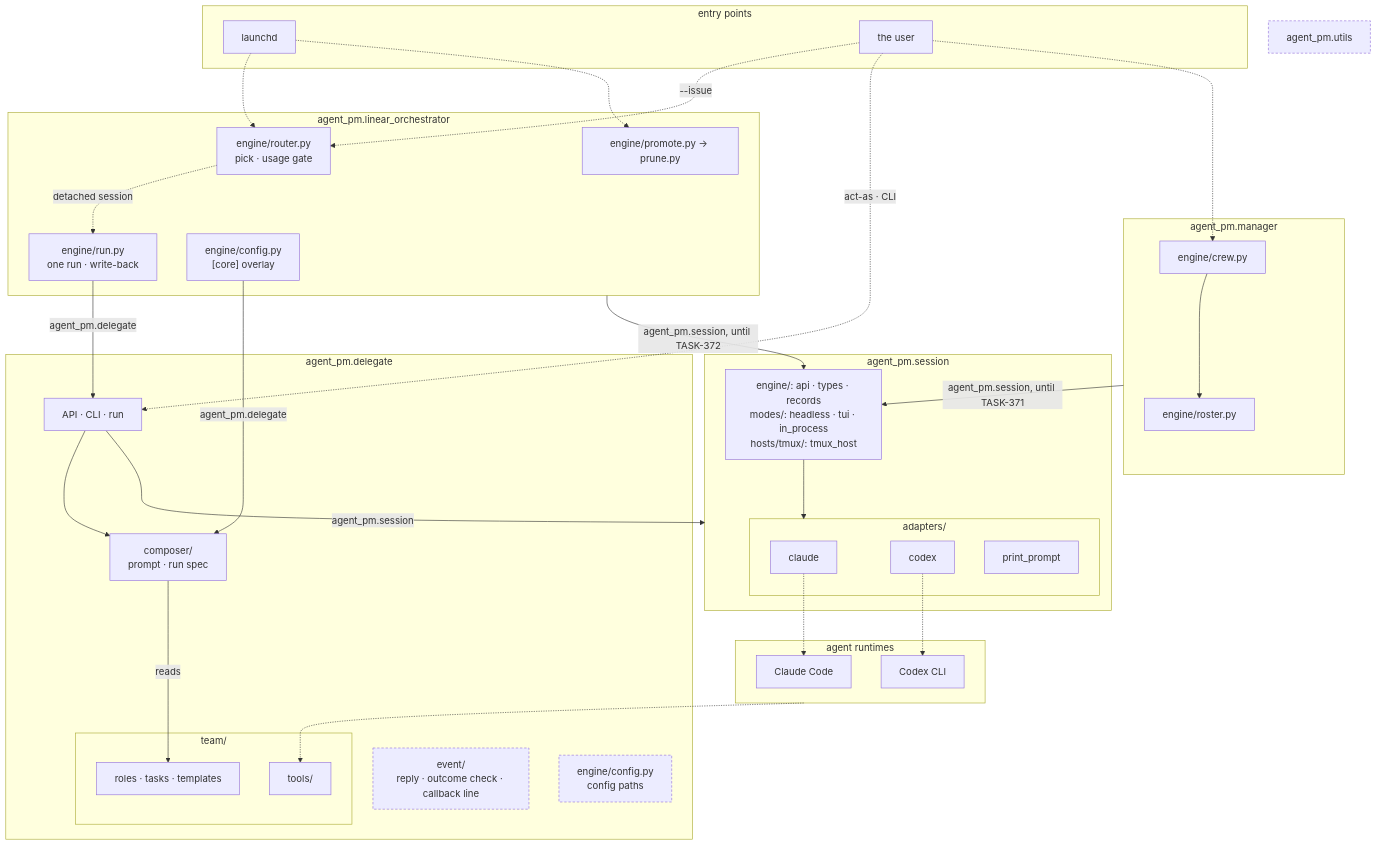
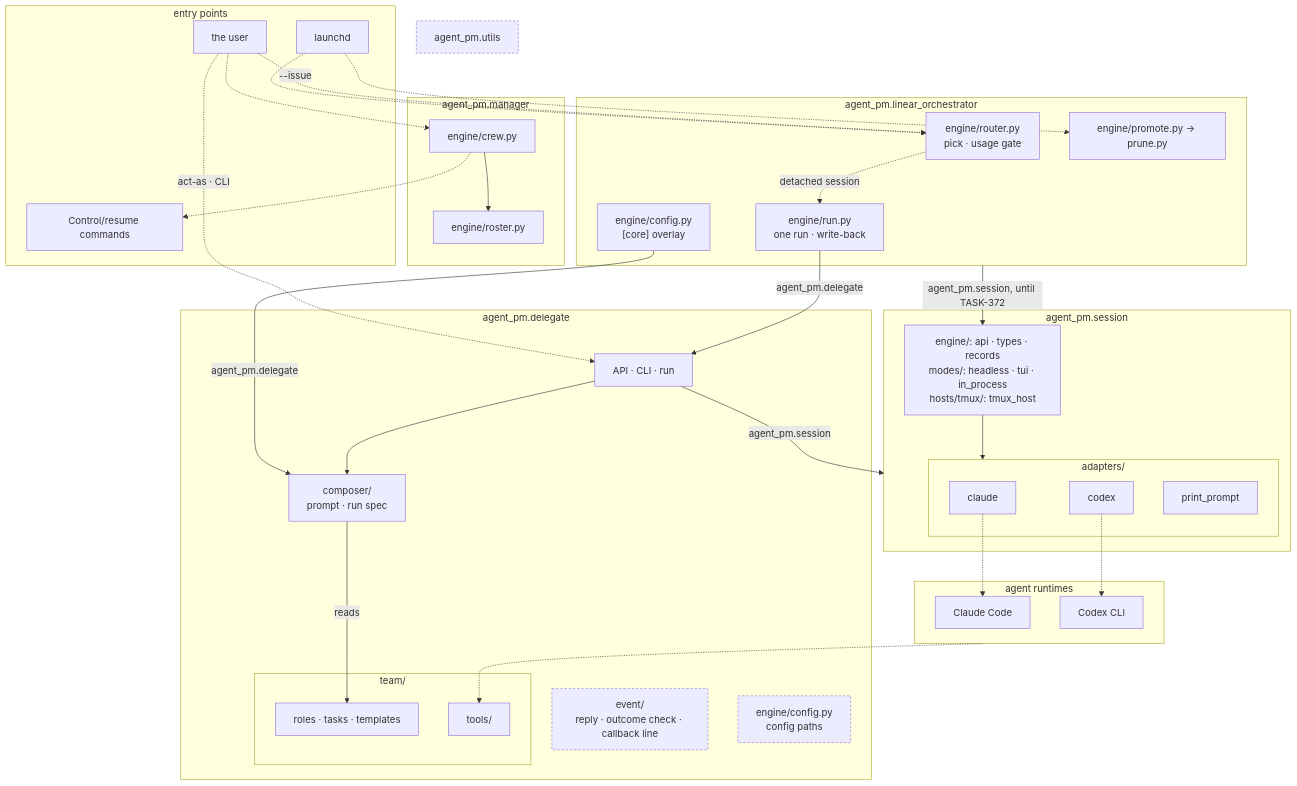
Before and after one commit to ophis/agent-pm: the second of 4 diagrams in README.md, drawn with Mermaid. The commit also changed other lines of this file and 36 other files, not shown here.

First line of the commit message:
TASK-371: re-architecture 356-10: Roster rewrite, Crew only through commands (#204)

````diff
--- a/README.md
+++ b/README.md
@@ -18,57 +18,58 @@
 ```mermaid
 flowchart TB
   subgraph EN[entry points]
     LD[launchd]
     HU[the user]
+    CC[Control/resume commands]
   end
   subgraph MG[agent_pm.manager]
     W["engine/crew.py"] --> RS["engine/roster.py"]
   end
   subgraph LO[agent_pm.linear_orchestrator]
     R["engine/router.py<br>pick · usage gate"]
     RU["engine/run.py<br>one run · write-back"]
     PP["engine/promote.py → prune.py"]
     LC["engine/config.py<br>[core] overlay"]
   end
   subgraph DL[agent_pm.delegate]
     D["API · CLI · run"]
     C["composer/<br>prompt · run spec"]
     EV["event/<br>reply · outcome check · callback line"]
     CF["engine/config.py<br>config paths"]
     subgraph TM[team/]
       T["roles · tasks · templates"]
       AT[tools/]
     end
   end
   subgraph SE[agent_pm.session]
     DR["engine/: api · types · records<br>modes/: headless · tui · in_process<br>hosts/tmux/: tmux_host"]
     subgraph AD[adapters/]
       CL[claude]
       CX[codex]
       PR[print_prompt]
     end
   end
   U[agent_pm.utils]
   subgraph RT[agent runtimes]
     P1[Claude Code]
     P2[Codex CLI]
   end
   LD -.-> R & PP
   HU -.->|"--issue"| R
   HU -.->|"act-as · CLI"| D
   HU -.-> W
   R -.->|detached session| RU
   RU -->|agent_pm.delegate| D
   LC -->|agent_pm.delegate| C
   LO -->|"agent_pm.session, until TASK-372"| DR
-  MG -->|"agent_pm.session, until TASK-371"| DR
+  W -.-> CC
   D --> C
   D -->|agent_pm.session| SE
   C -->|reads| T
   DR --> AD
   CL -.-> P1
   CX -.-> P2
   RT -.-> AT
   classDef shared stroke-dasharray: 4 3
   class EV,U,CF shared
 ```
````
